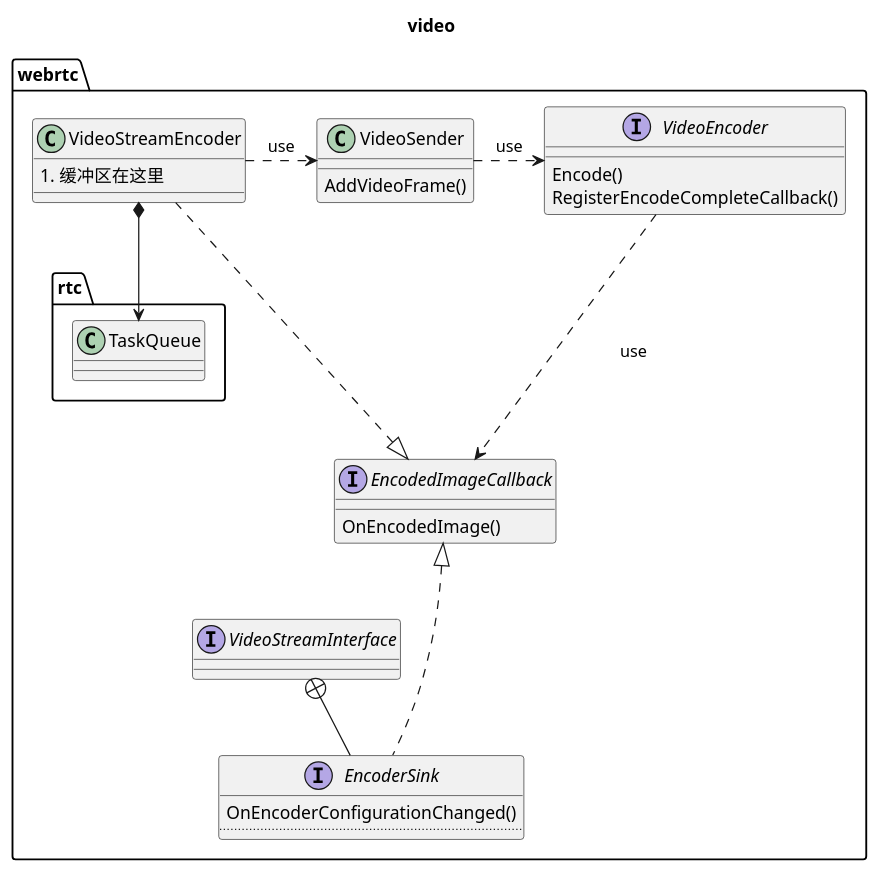
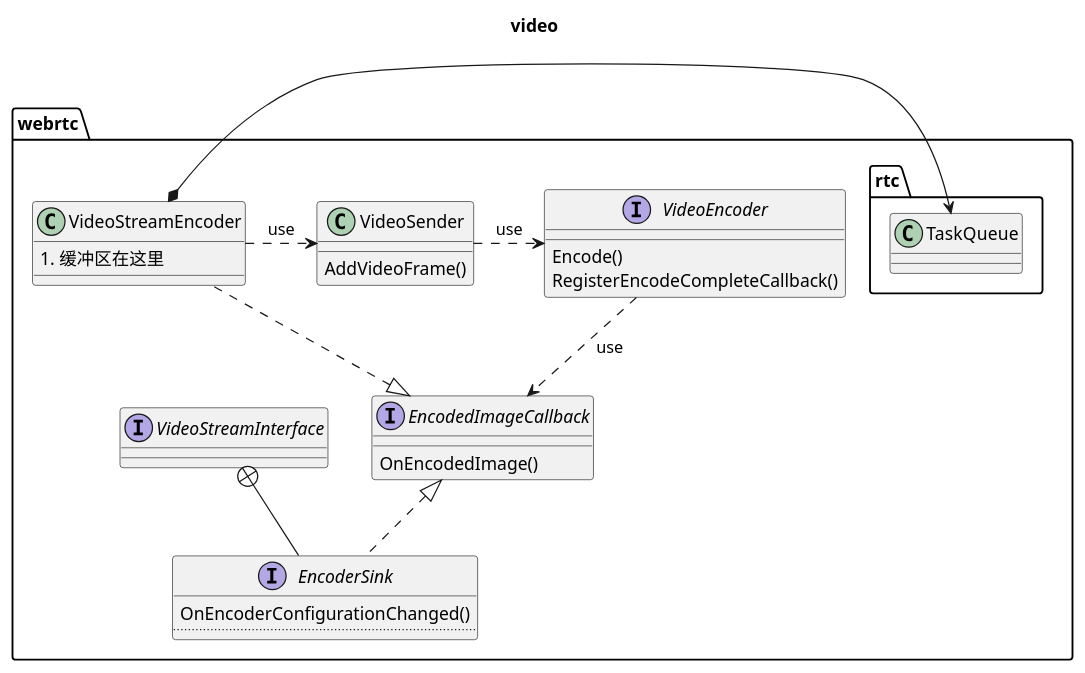
One commit to mingxin505/webrtcNote changed the fourth of 19 diagrams in webrtc_chrome/Design.md. Above: the diagram before and after it, drawn with PlantUML. The commit also changed other lines of this file and 5 other files, not shown here.

````diff
--- a/webrtc_chrome/Design.md
+++ b/webrtc_chrome/Design.md
@@ -75,31 +75,31 @@
 ```plantuml
 title video 
 package webrtc {
     interface VideoEncoder {
         Encode()
         RegisterEncodeCompleteCallback()
 
     }
     interface EncodedImageCallback {
         OnEncodedImage()
     }
     interface VideoStreamInterface
     interface EncoderSink {
         OnEncoderConfigurationChanged()
         ....
     }
     class VideoSender {
         AddVideoFrame() 
     }
     class VideoStreamEncoder {
         1. 缓冲区在这里
     }
     VideoStreamInterface +-- EncoderSink
-    EncodedImageCallback <|... VideoStreamEncoder
-    EncodedImageCallback <|... EncoderSink
-    VideoStreamEncoder *--> rtc.TaskQueue
+    EncodedImageCallback <|.. VideoStreamEncoder
+    EncodedImageCallback <|.. EncoderSink
+    VideoStreamEncoder *-> rtc.TaskQueue
     VideoStreamEncoder .right.> VideoSender :use
     VideoSender .right.> VideoEncoder : use
     VideoEncoder .right.> EncodedImageCallback : use
 }
 ```
````
